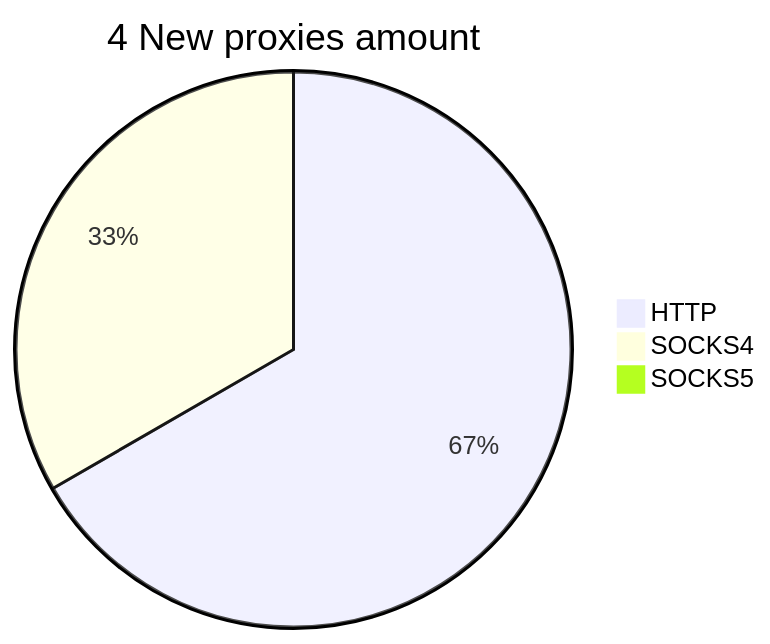
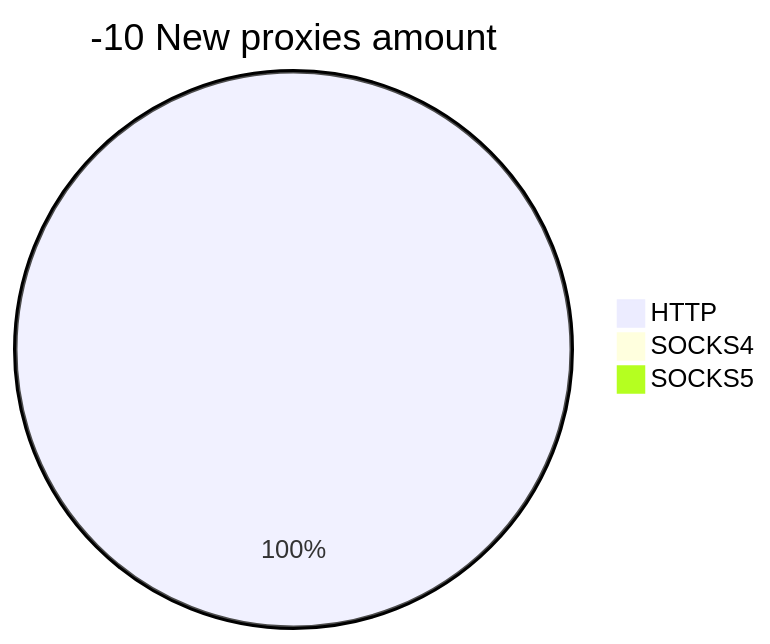
Before and after one commit to cutipu/proxylist: the second of 2 diagrams in README.md, drawn with Mermaid. The commit also changed other lines of this file, not shown here.

````diff
--- a/README.md
+++ b/README.md
@@ -10,6 +10,6 @@
 ```mermaid
-pie title 4 New proxies amount
-    "HTTP" : 4
-    "SOCKS4" : 2
+pie title -10 New proxies amount
+    "HTTP" : 2
+    "SOCKS4" : 0
     "SOCKS5" : 0
 ```
````
